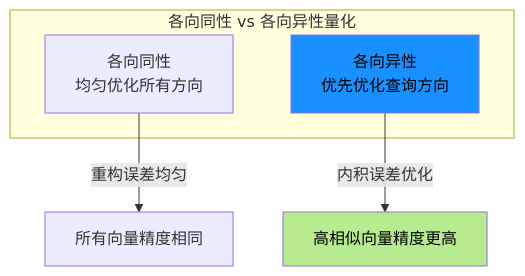
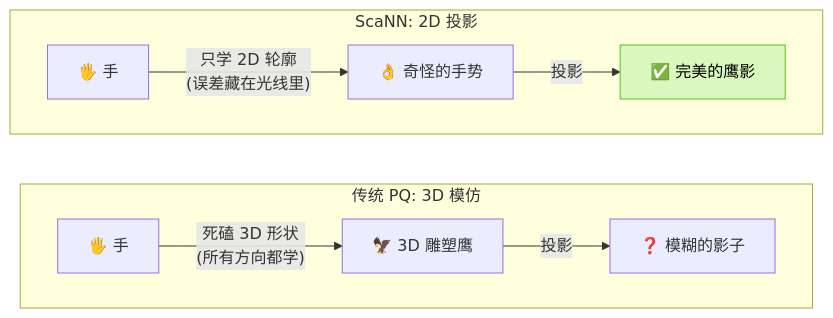
Diagram 19 of 36 in docs/research/003-vector-search-algorithm.md (ThreeFish-AI/agentic-ai-cognizes), drawn with Mermaid before and after one commit. The commit also changed other lines of this file, not shown here.

First line of the commit message:
docs(Research): 优化 ScaNN 章节的叙述与可视化;

````diff
--- a/docs/research/003-vector-search-algorithm.md
+++ b/docs/research/003-vector-search-algorithm.md
@@ -1457,13 +1466,16 @@
 ```mermaid
-graph TB
-    subgraph "各向同性 vs 各向异性量化"
-        ISO[各向同性<br/>均匀优化所有方向]
-        ANISO[各向异性<br/>优先优化查询方向]
+graph LR
+    subgraph "传统 PQ: 3D 模仿"
+        direction LR
+        H1[🖐️ 手] --> |"死磕 3D 形状<br/>(所有方向都学)"| E1[🦅 3D 雕塑鹰]
+        E1 --> |"投影"| S1[❓ 模糊的影子]
     end
 
-    ISO --> |"重构误差均匀"| ISO_RES[所有向量精度相同]
-    ANISO --> |"内积误差优化"| ANISO_RES[高相似向量精度更高]
+    subgraph "ScaNN: 2D 投影"
+        direction LR
+        H2[🖐️ 手] --> |"只学 2D 轮廓<br/>(误差藏在光线里)"| E2[👌 奇怪的手势]
+        E2 --> |"投影"| S2[✅ 完美的鹰影]
+    end
 
-    style ANISO fill:#1890ff,color:#000000
-    style ANISO_RES fill:#b7eb8f,color:#000000
+    style S2 fill:#d9f7be,stroke:#52c41a,color:#000
 ```
````
